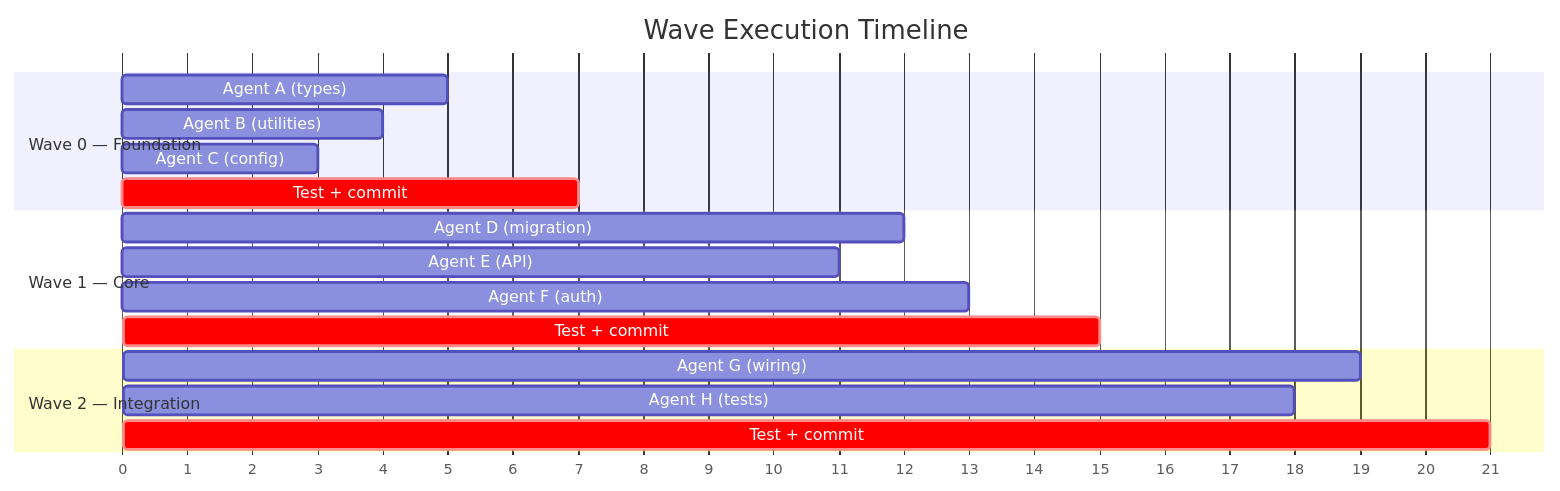
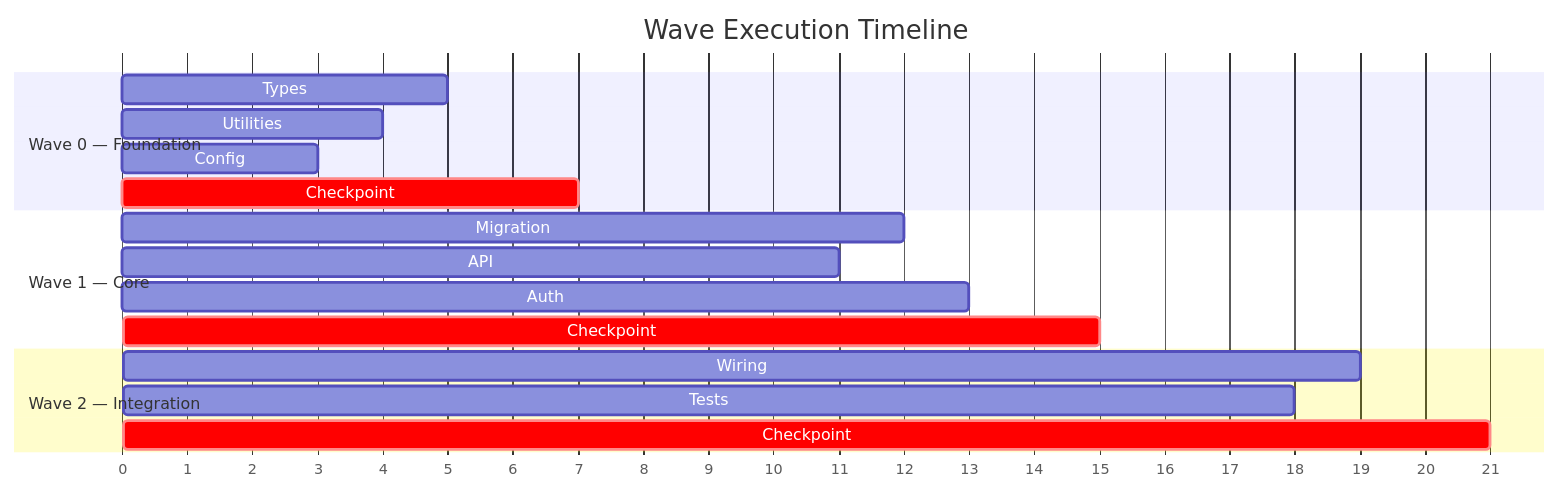
The fourth of 7 diagrams in handbook/ch12-multi-agent-orchestration.qmd (danielmeppiel/agentic-sdlc-handbook), drawn with Mermaid before and after one commit. The commit also changed other lines of this file and 9 other files, not shown here.

First line of the commit message:
fix: comprehensive PDF rendering — ASCII→diagrams, bold fix, fig-width caps, case studies

````diff
--- a/handbook/ch12-multi-agent-orchestration.qmd
+++ b/handbook/ch12-multi-agent-orchestration.qmd
@@ -232,24 +210,24 @@
 ```{mermaid}
 %%| fig-width: 8.5
 gantt
     title Wave Execution Timeline
     dateFormat X
     axisFormat %s
 
     section Wave 0 — Foundation
-    Agent A (types)        :a, 0, 5
-    Agent B (utilities)    :b, 0, 4
-    Agent C (config)       :c, 0, 3
-    Test + commit          :crit, t0, 5, 7
+    Types              :a, 0, 5
+    Utilities          :b, 0, 4
+    Config             :c, 0, 3
+    Checkpoint         :crit, t0, 5, 7
 
     section Wave 1 — Core
-    Agent D (migration)    :d, 7, 12
-    Agent E (API)          :e, 7, 11
-    Agent F (auth)         :f, 7, 13
-    Test + commit          :crit, t1, 13, 15
+    Migration          :d, 7, 12
+    API                :e, 7, 11
+    Auth               :f, 7, 13
+    Checkpoint         :crit, t1, 13, 15
 
     section Wave 2 — Integration
-    Agent G (wiring)       :g, 15, 19
-    Agent H (tests)        :h, 15, 18
-    Test + commit          :crit, t2, 19, 21
+    Wiring             :g, 15, 19
+    Tests              :h, 15, 18
+    Checkpoint         :crit, t2, 19, 21
 ```
````
